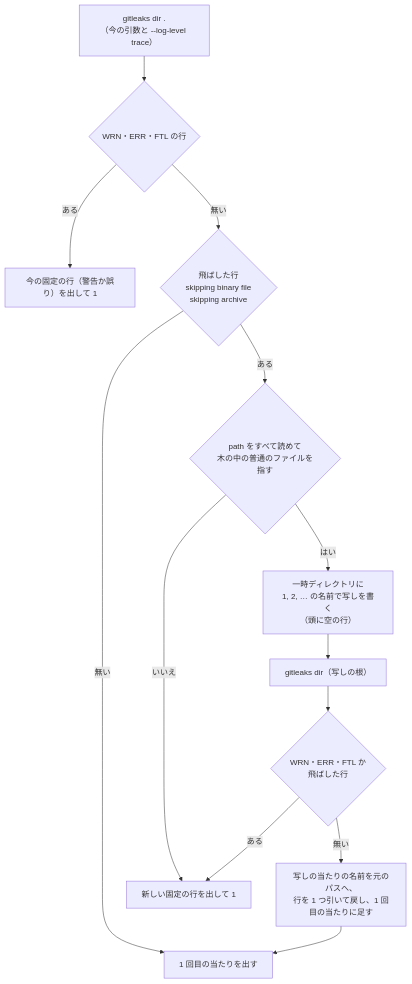
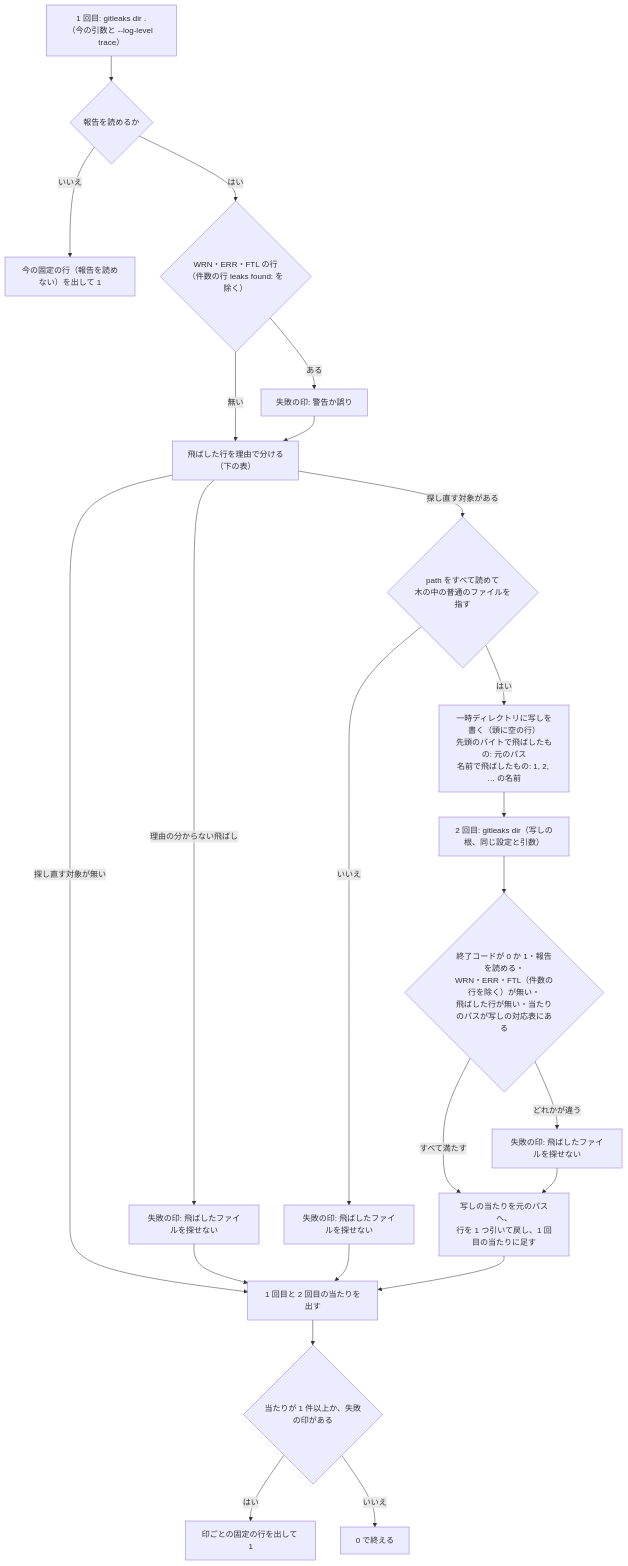
The third of 3 diagrams in issues/issue-98-design.md (devbasex/nd-factory), drawn with Mermaid before and after one commit. The commit also changed other lines of this file, not shown here.

````diff
--- a/issues/issue-98-design.md
+++ b/issues/issue-98-design.md
@@ -87,15 +90,25 @@
 ```mermaid
 flowchart TD
-    a["gitleaks dir .<br/>（今の引数と --log-level trace）"] --> b{"WRN・ERR・FTL の行"}
-    b -->|ある| f1["今の固定の行（警告か誤り）を出して 1"]
-    b -->|無い| c{"飛ばした行<br/>skipping binary file<br/>skipping archive"}
-    c -->|無い| r["1 回目の当たりを出す"]
-    c -->|ある| d{"path をすべて読めて<br/>木の中の普通のファイルを指す"}
-    d -->|いいえ| f2["新しい固定の行を出して 1"]
-    d -->|はい| e["一時ディレクトリに<br/>1, 2, … の名前で写しを書く<br/>（頭に空の行）"]
-    e --> g["gitleaks dir（写しの根）"]
-    g --> h{"WRN・ERR・FTL か<br/>飛ばした行"}
-    h -->|ある| f2
-    h -->|無い| i["写しの当たりの名前を元のパスへ、<br/>行を 1 つ引いて戻し、1 回目の当たりに足す"]
-    i --> r
+    a["1 回目: gitleaks dir .<br/>（今の引数と --log-level trace）"] --> b{"報告を読めるか"}
+    b -->|いいえ| f0["今の固定の行（報告を読めない）を出して 1"]
+    b -->|はい| c{"WRN・ERR・FTL の行<br/>（件数の行 leaks found: を除く）"}
+    c -->|ある| m1["失敗の印: 警告か誤り"]
+    c -->|無い| d
+    m1 --> d["飛ばした行を理由で分ける<br/>（下の表）"]
+    d -->|理由の分からない飛ばし| m2["失敗の印: 飛ばしたファイルを探せない"]
+    d -->|探し直す対象が無い| r
+    d -->|探し直す対象がある| e{"path をすべて読めて<br/>木の中の普通のファイルを指す"}
+    m2 --> r
+    e -->|いいえ| m3["失敗の印: 飛ばしたファイルを探せない"]
+    m3 --> r
+    e -->|はい| w["一時ディレクトリに写しを書く（頭に空の行）<br/>先頭のバイトで飛ばしたもの: 元のパス<br/>名前で飛ばしたもの: 1, 2, … の名前"]
+    w --> g["2 回目: gitleaks dir（写しの根、同じ設定と引数）"]
+    g --> h{"終了コードが 0 か 1・報告を読める・<br/>WRN・ERR・FTL（件数の行を除く）が無い・<br/>飛ばした行が無い・当たりのパスが写しの対応表にある"}
+    h -->|どれかが違う| m4["失敗の印: 飛ばしたファイルを探せない"]
+    h -->|すべて満たす| i["写しの当たりを元のパスへ、<br/>行を 1 つ引いて戻し、1 回目の当たりに足す"]
+    m4 --> i
+    i --> r["1 回目と 2 回目の当たりを出す"]
+    r --> z{"当たりが 1 件以上か、失敗の印がある"}
+    z -->|はい| f1["印ごとの固定の行を出して 1"]
+    z -->|いいえ| ok["0 で終える"]
 ```
````
